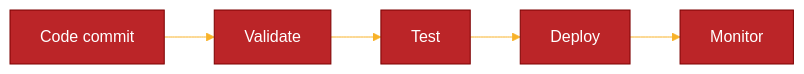
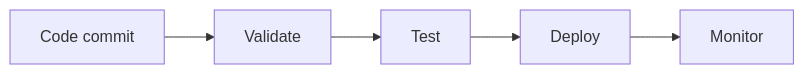
Before and after one commit to Geonitab/architecture_as_code: the diagram in docs/images/diagram_05_kapitel3.mmd, drawn with Mermaid. The commit also changed 46 other files, not shown here.

Commit message:
Align Mermaid visuals with accessible Kvadrat theme

```diff
--- a/docs/images/diagram_05_kapitel3.mmd
+++ b/docs/images/diagram_05_kapitel3.mmd
@@ -1,16 +1,5 @@
----
-config:
-  theme: 'base'
-  themeVariables:
-    primaryColor: '#BB2528'
-    primaryTextColor: '#fff'
-    primaryBorderColor: '#7C0000'
-    lineColor: '#F8B229'
-    secondaryColor: '#006100'
-    tertiaryColor: '#fff'
----
 graph LR
-    A[Code commit] --> B[Validate]
-    B --> C[Test]
-    C --> D[Deploy]
-    D --> E[Monitor]
+    A[Code commit]:::kv-primary --> B[Validate]:::kv-highlight
+    B --> C[Test]:::kv-accent
+    C --> D[Deploy]:::kv-accent
+    D --> E[Monitor]:::kv-primary
```
